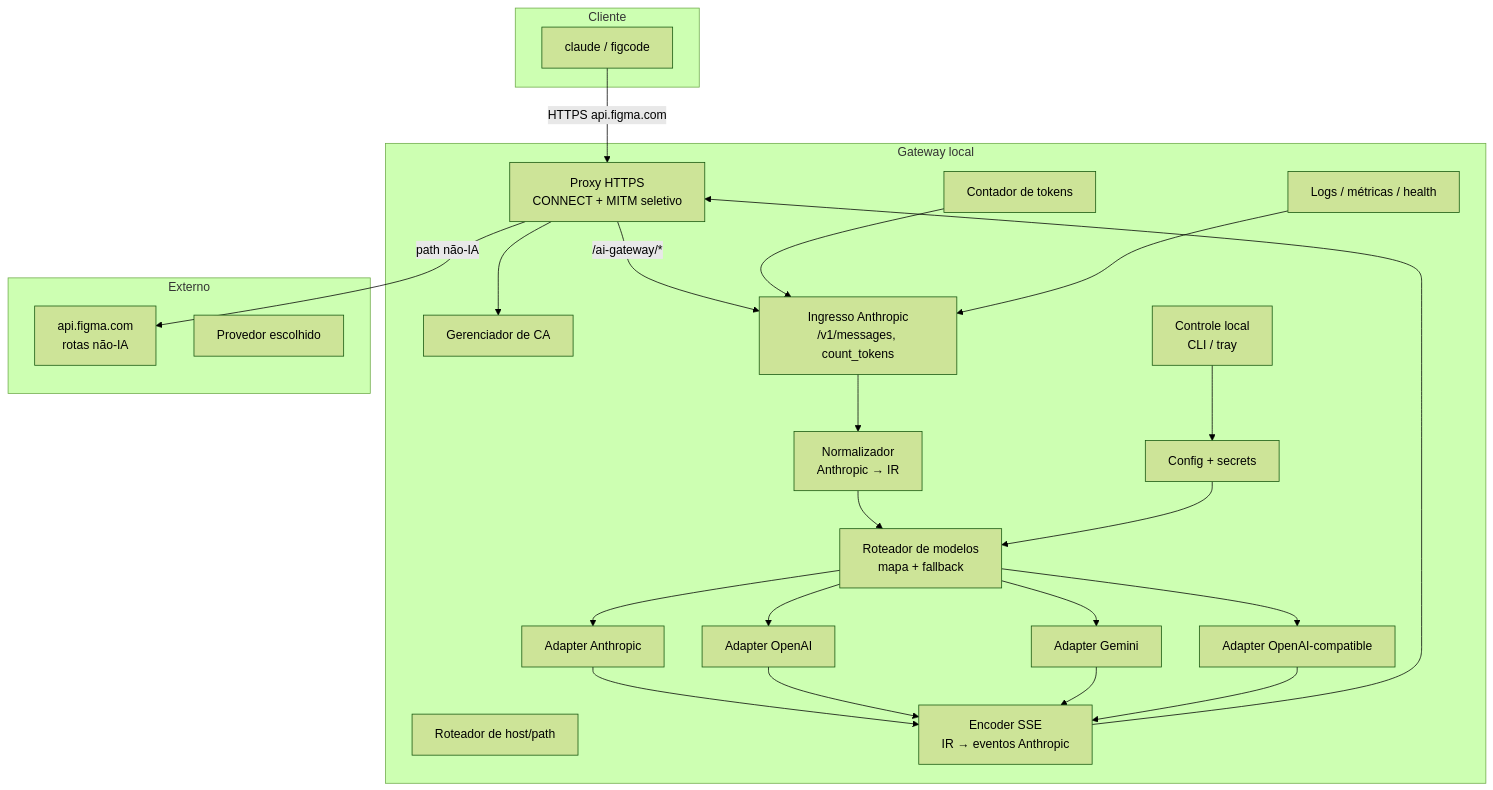
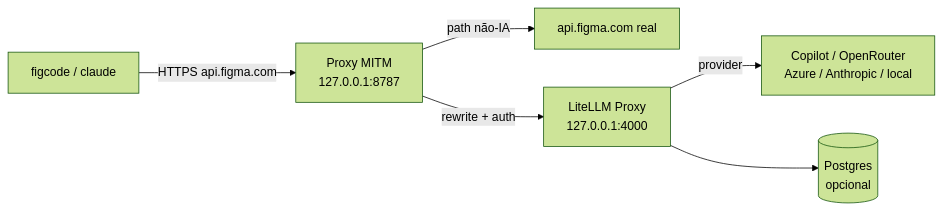
One commit to marcos2872/frank-figma-gateway changed the first of 2 diagrams in docs/gateway-architecture.md. Above: the diagram before and after it, drawn with Mermaid (forest theme). The commit also changed other lines of this file and 9 other files, not shown here.

````diff
--- a/docs/gateway-architecture.md
+++ b/docs/gateway-architecture.md
@@ -20,42 +18,8 @@
 ```mermaid
-flowchart TB
-    subgraph Cliente
-        C[claude / figcode]
-    end
-
-    subgraph Gateway local
-        P[Proxy HTTPS<br/>CONNECT + MITM seletivo]
-        CA[Gerenciador de CA]
-        R[Roteador de host/path]
-        I[Ingresso Anthropic<br/>/v1/messages, count_tokens]
-        N[Normalizador<br/>Anthropic → IR]
-        MR[Roteador de modelos<br/>mapa + fallback]
-        A1[Adapter Anthropic]
-        A2[Adapter OpenAI]
-        A3[Adapter Gemini]
-        A4[Adapter OpenAI-compatible]
-        S[Encoder SSE<br/>IR → eventos Anthropic]
-        TC[Contador de tokens]
-        CFG[Config + secrets]
-        OBS[Logs / métricas / health]
-        CP[Controle local<br/>CLI / tray]
-    end
-
-    subgraph Externo
-        F[api.figma.com<br/>rotas não-IA]
-        P1[Provedor escolhido]
-    end
-
-    C -->|HTTPS api.figma.com| P
-    P -->|path não-IA| F
-    P -->|/ai-gateway/*| I
-    P --> CA
-    I --> N --> MR
-    MR --> A1 & A2 & A3 & A4
-    A1 & A2 & A3 & A4 --> S
-    S --> P
-    TC --> I
-    CFG --> MR
-    OBS --> I
-    CP --> CFG
+flowchart LR
+    F[figcode / claude] -->|HTTPS api.figma.com| P[Proxy MITM<br/>127.0.0.1:8787]
+    P -->|path não-IA| R[api.figma.com real]
+    P -->|rewrite + auth| L[LiteLLM Proxy<br/>127.0.0.1:4000]
+    L -->|provider| X[Copilot / OpenRouter<br/>Azure / Anthropic / local]
+    L --> PG[(Postgres<br/>opcional)]
 ```
````
